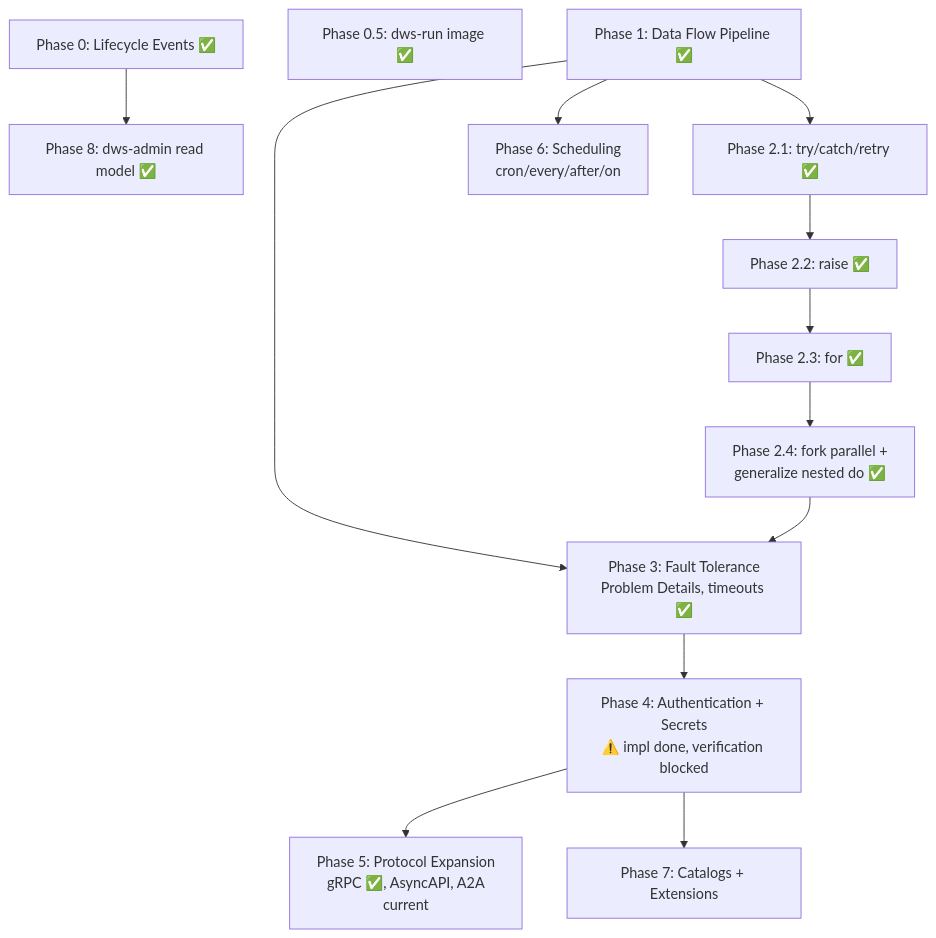
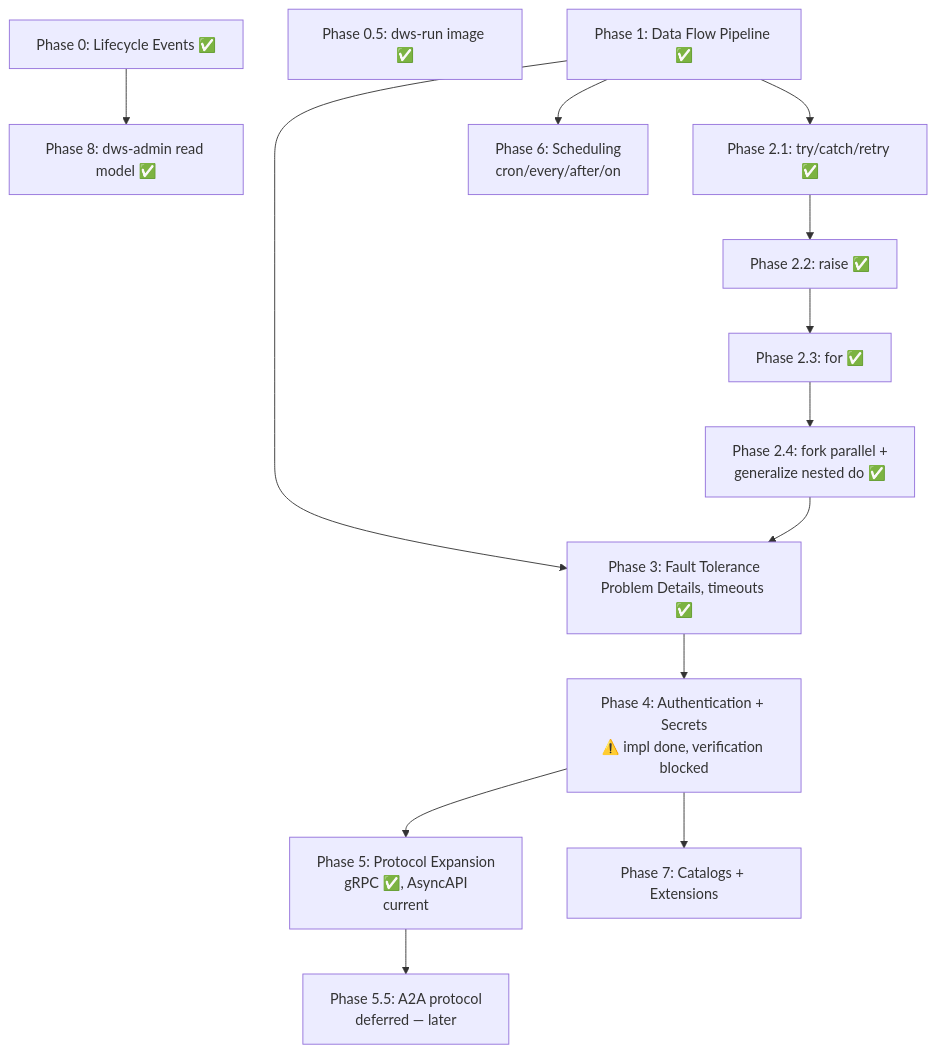
One commit to tonylibs/dapr-workflow-spec changed the diagram in docs/roadmaps/openworkflow-features.md. Above: the diagram before and after it, drawn with Mermaid. The commit also changed other lines of this file and 1 other file, not shown here.

Commit message:
update roadmap

````diff
--- a/docs/roadmaps/openworkflow-features.md
+++ b/docs/roadmaps/openworkflow-features.md
@@ -48,15 +49,16 @@
 ```mermaid
 flowchart TD
   P0[Phase 0: Lifecycle Events ✅] --> P8[Phase 8: dws-admin read model ✅]
   P05[Phase 0.5: dws-run image ✅]
   P1[Phase 1: Data Flow Pipeline ✅] --> P2a[Phase 2.1: try/catch/retry ✅]
   P2a --> P2b[Phase 2.2: raise ✅]
   P2b --> P2c[Phase 2.3: for ✅]
   P2c --> P2d[Phase 2.4: fork parallel +<br/>generalize nested do ✅]
   P1 --> P3[Phase 3: Fault Tolerance<br/>Problem Details, timeouts ✅]
   P2d --> P3
   P3 --> P4[Phase 4: Authentication + Secrets<br/>⚠️ impl done, verification blocked]
-  P4 --> P5[Phase 5: Protocol Expansion<br/>gRPC ✅, AsyncAPI, A2A<br/>current]
+  P4 --> P5[Phase 5: Protocol Expansion<br/>gRPC ✅, AsyncAPI<br/>current]
+  P5 --> P55[Phase 5.5: A2A protocol<br/>deferred — later]
   P1 --> P6[Phase 6: Scheduling<br/>cron/every/after/on]
   P4 --> P7[Phase 7: Catalogs + Extensions]
 ```
````
